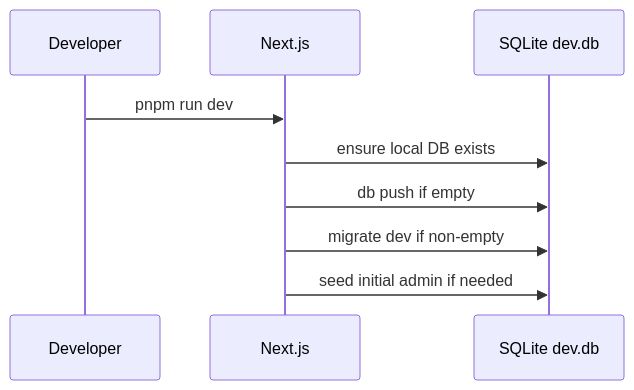
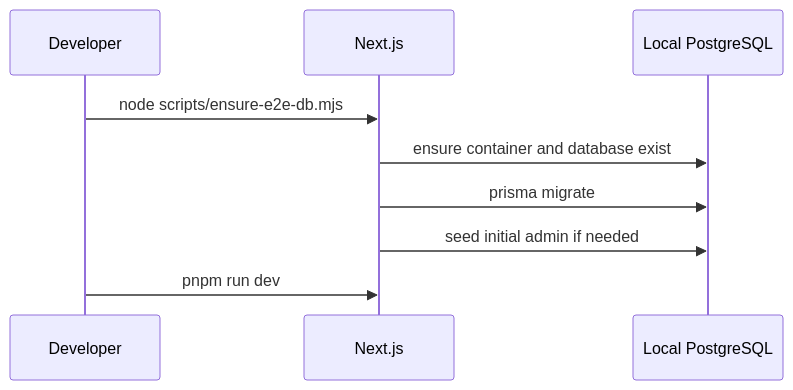
Before and after one commit to TKlerx/click-tt-auto: the first of 2 diagrams in webapp/specs/base/runtime-and-ops.md, drawn with Mermaid. The commit also changed other lines of this file and 20 other files, not shown here.

First line of the commit message:
Worker: run on PostgreSQL only, drop SQLite

````diff
--- a/webapp/specs/base/runtime-and-ops.md
+++ b/webapp/specs/base/runtime-and-ops.md
@@ -25,12 +25,12 @@
 ```mermaid
 sequenceDiagram
     participant Dev as Developer
     participant App as Next.js
-    participant DB as SQLite dev.db
+    participant DB as Local PostgreSQL
 
+    Dev->>App: node scripts/ensure-e2e-db.mjs
+    App->>DB: ensure container and database exist
+    App->>DB: prisma migrate
+    App->>DB: seed initial admin if needed
     Dev->>App: pnpm run dev
-    App->>DB: ensure local DB exists
-    App->>DB: db push if empty
-    App->>DB: migrate dev if non-empty
-    App->>DB: seed initial admin if needed
 ```
````
